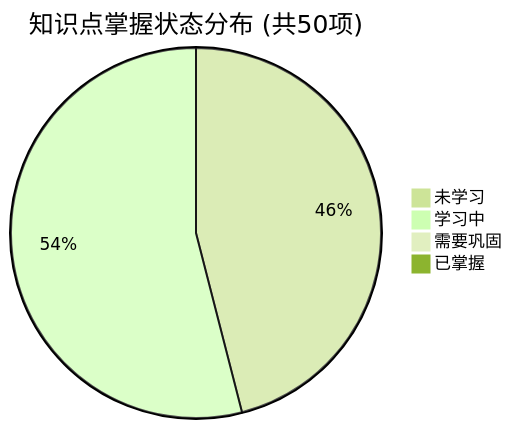
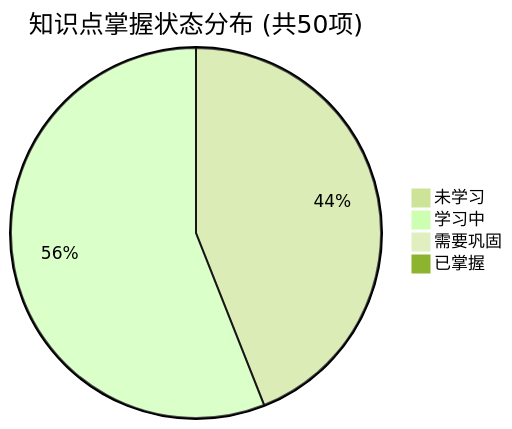
One commit to tieke1121/tech-interview-knowledge-base changed the first of 2 diagrams in PROGRESS.md. Above: the diagram before and after it, drawn with Mermaid (forest theme). The commit also changed other lines of this file and 1 other file, not shown here.

````diff
--- a/PROGRESS.md
+++ b/PROGRESS.md
@@ -23,7 +23,7 @@
 ```mermaid
 pie title 知识点掌握状态分布 (共50项)
-    "未学习" : 23
-    "学习中" : 27
+    "未学习" : 22
+    "学习中" : 28
     "需要巩固" : 0
     "已掌握" : 0
 ```
````
